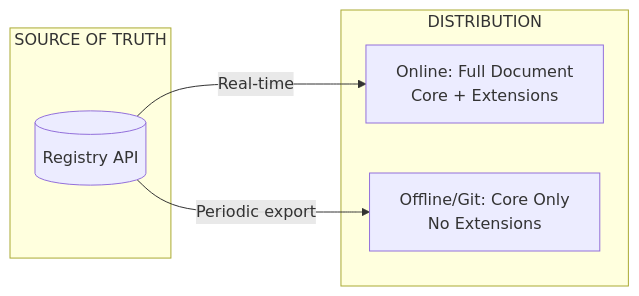
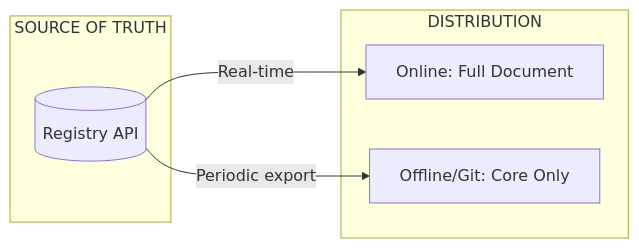
Before and after one commit to emphereio/ovrse: the fifth of 5 diagrams in spec/SPEC.md, drawn with Mermaid. The commit also changed 2 other files, not shown here.

Commit message:
fix: remove unsupported br tags from Mermaid diagrams
GitHub's Mermaid renderer doesn't support <br/> in node labels.
Simplified labels for proper rendering.

````diff
--- a/spec/SPEC.md
+++ b/spec/SPEC.md
@@ -249,14 +249,14 @@
 ```mermaid
 flowchart LR
     subgraph Source["SOURCE OF TRUTH"]
         API[(Registry API)]
     end
 
     subgraph Dist["DISTRIBUTION"]
-        Online["Online: Full Document<br/>Core + Extensions"]
-        Offline["Offline/Git: Core Only<br/>No Extensions"]
+        Online["Online: Full Document"]
+        Offline["Offline/Git: Core Only"]
     end
 
     API -->|"Real-time"| Online
     API -->|"Periodic export"| Offline
 ```
````
